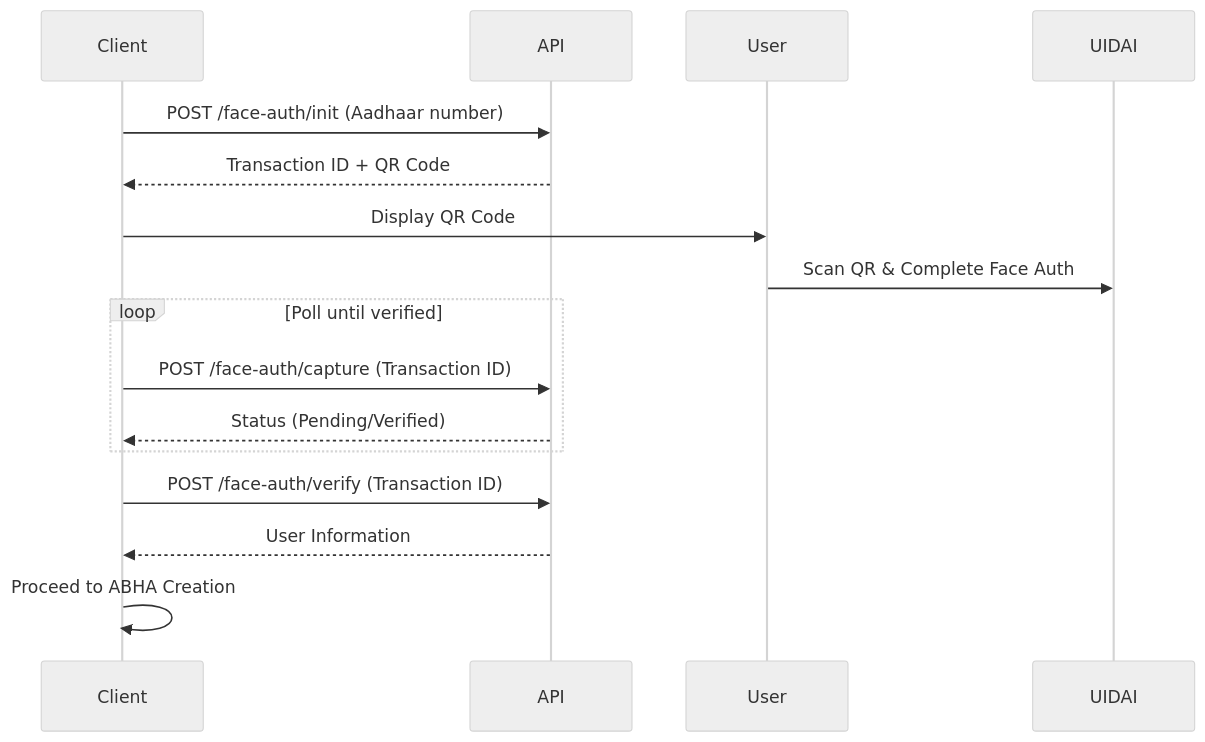
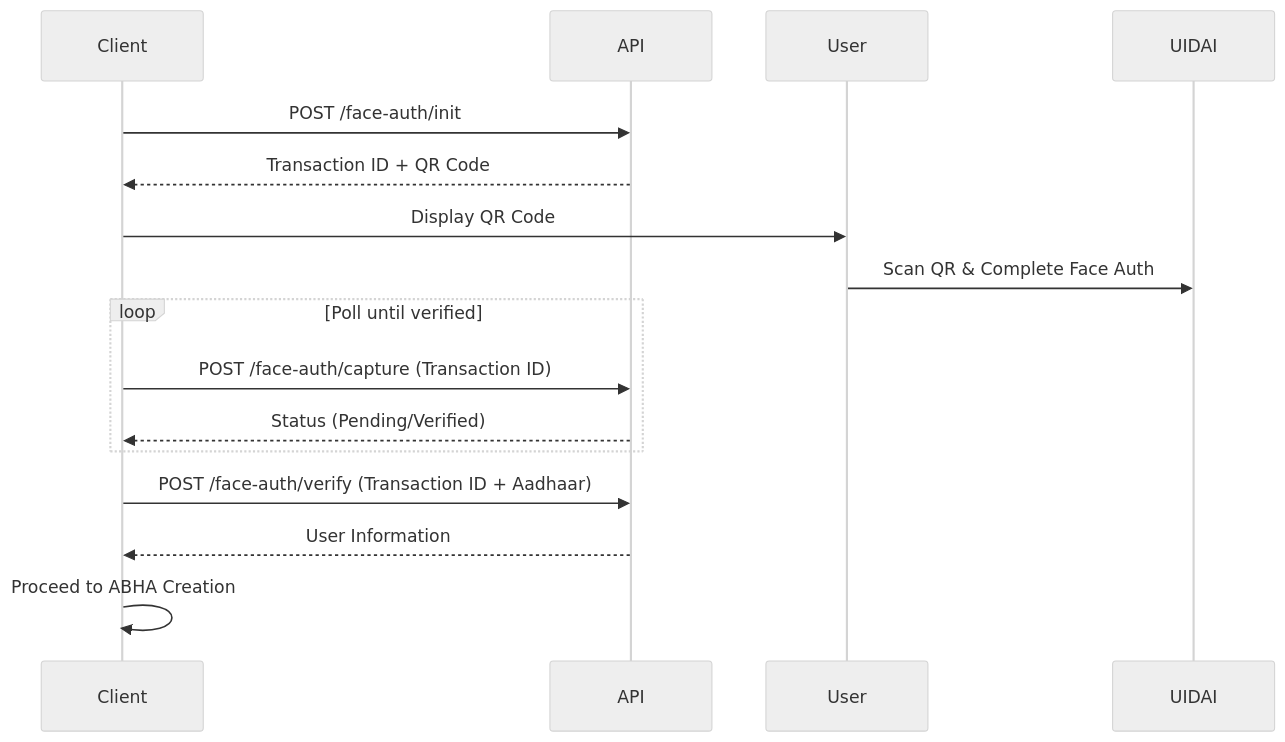
Before and after one commit to eka-care/eka-docs: the diagram in api-reference/user-app/abdm-connect/enrollment/face-auth/intro.mdx, drawn with Mermaid (neutral theme). The commit also changed other lines of this file, not shown here.

Commit message:
Face Auth v3

````diff
--- a/api-reference/user-app/abdm-connect/enrollment/face-auth/intro.mdx
+++ b/api-reference/user-app/abdm-connect/enrollment/face-auth/intro.mdx
@@ -26,21 +26,21 @@
 ```mermaid
 sequenceDiagram
     participant Client
     participant API
     participant User
     participant UIDAI
 
-    Client->>API: POST /face-auth/init (Aadhaar number)
+    Client->>API: POST /face-auth/init
     API-->>Client: Transaction ID + QR Code
     Client->>User: Display QR Code
     User->>UIDAI: Scan QR & Complete Face Auth
 
     loop Poll until verified
         Client->>API: POST /face-auth/capture (Transaction ID)
         API-->>Client: Status (Pending/Verified)
     end
 
-    Client->>API: POST /face-auth/verify (Transaction ID)
+    Client->>API: POST /face-auth/verify (Transaction ID + Aadhaar)
     API-->>Client: User Information
     Client->>Client: Proceed to ABHA Creation
 ```
````
